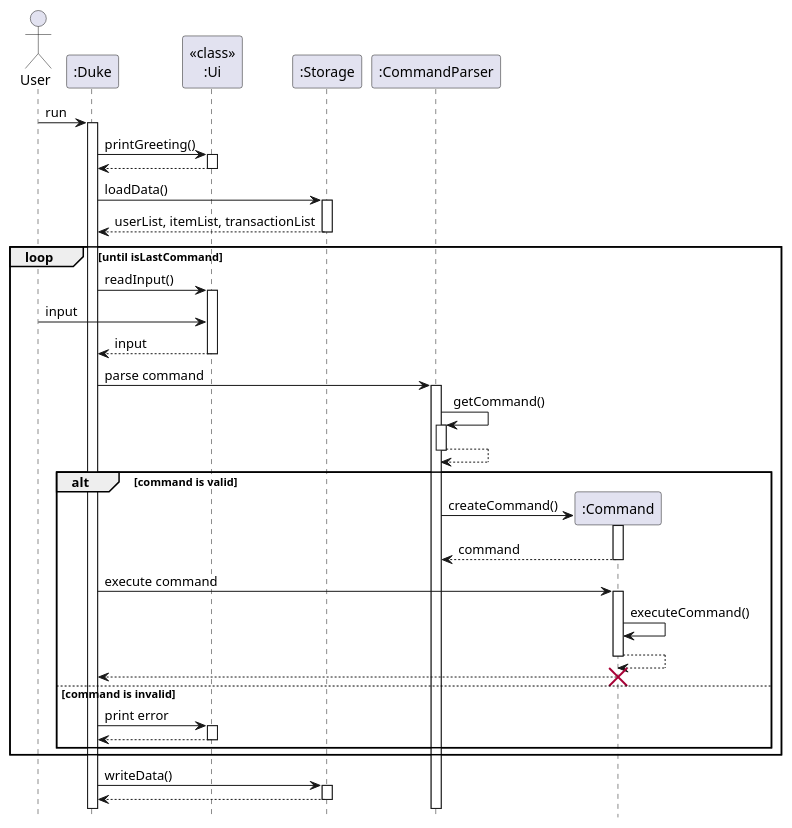
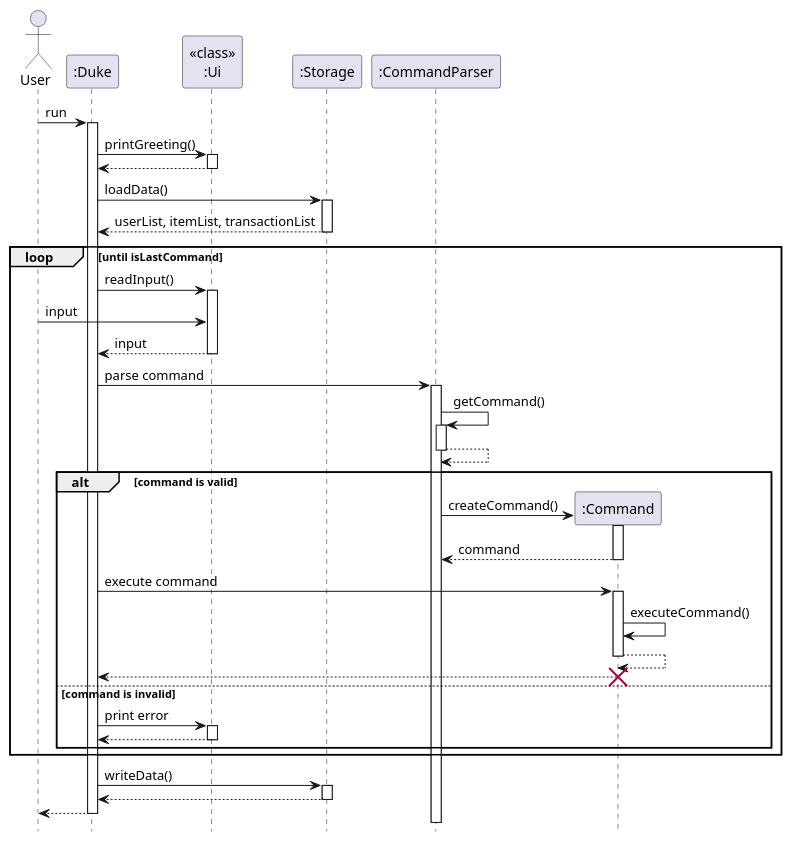
The diagram in docs/diagrams/duke/DukeSequence.puml (nus-cs2113-AY2223S1/tp), drawn with PlantUML before and after one commit. The commit also changed 4 other files, not shown here.

```diff
--- a/docs/diagrams/duke/DukeSequence.puml
+++ b/docs/diagrams/duke/DukeSequence.puml
@@ -1,52 +1,54 @@
 @startuml
 hide footbox
 
 Actor User
 User -> ":Duke" : run
 activate ":Duke"
 ":Duke" -> "<<class>>\n:Ui" : printGreeting()
 activate "<<class>>\n:Ui"
 "<<class>>\n:Ui" --> ":Duke"
 deactivate "<<class>>\n:Ui"
 ":Duke" -> ":Storage" : loadData()
 activate ":Storage"
 return userList, itemList, transactionList
 loop until isLastCommand
     ":Duke" -> "<<class>>\n:Ui": readInput()
     activate "<<class>>\n:Ui"
     User -> "<<class>>\n:Ui" : input
     return input
     ":Duke" -> ":CommandParser" : parse command
     activate ":CommandParser"
     ":CommandParser" -> ":CommandParser" : getCommand()
     activate ":CommandParser"
     ":CommandParser" --> ":CommandParser"
     deactivate ":CommandParser"
 
     alt command is valid
         create ":Command"
         ":CommandParser" -> ":Command": createCommand()
         activate ":Command"
         return command
         ":Duke" -> ":Command" : execute command
         activate ":Command"
         ":Command" -> ":Command" : executeCommand()
         ":Command" --> ":Command"
         deactivate ":Command"
         ":Command" --> ":Duke"
         deactivate ":Command"
         destroy ":Command"
 
     else command is invalid
         ":Duke" -> "<<class>>\n:Ui" : print error
         activate "<<class>>\n:Ui"
         "<<class>>\n:Ui" --> ":Duke"
         deactivate "<<class>>\n:Ui"
     end
 end
 
 ":Duke" -> ":Storage" : writeData()
 activate ":Storage"
 return
+":Duke" --> "User"
+deactivate ":Duke"
 
 @enduml
```
